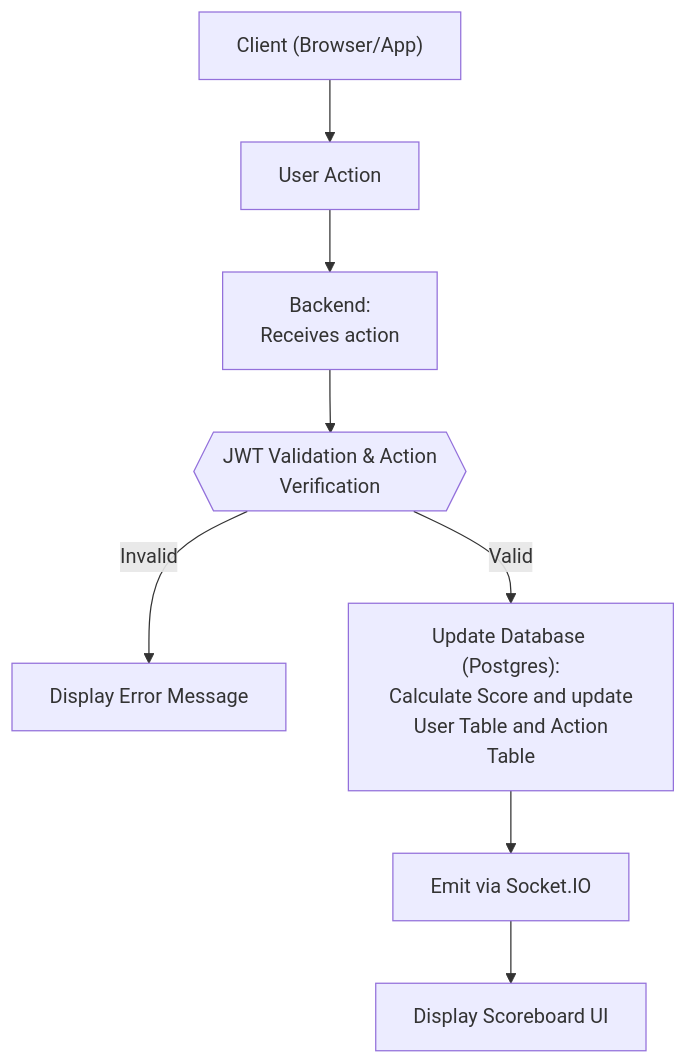
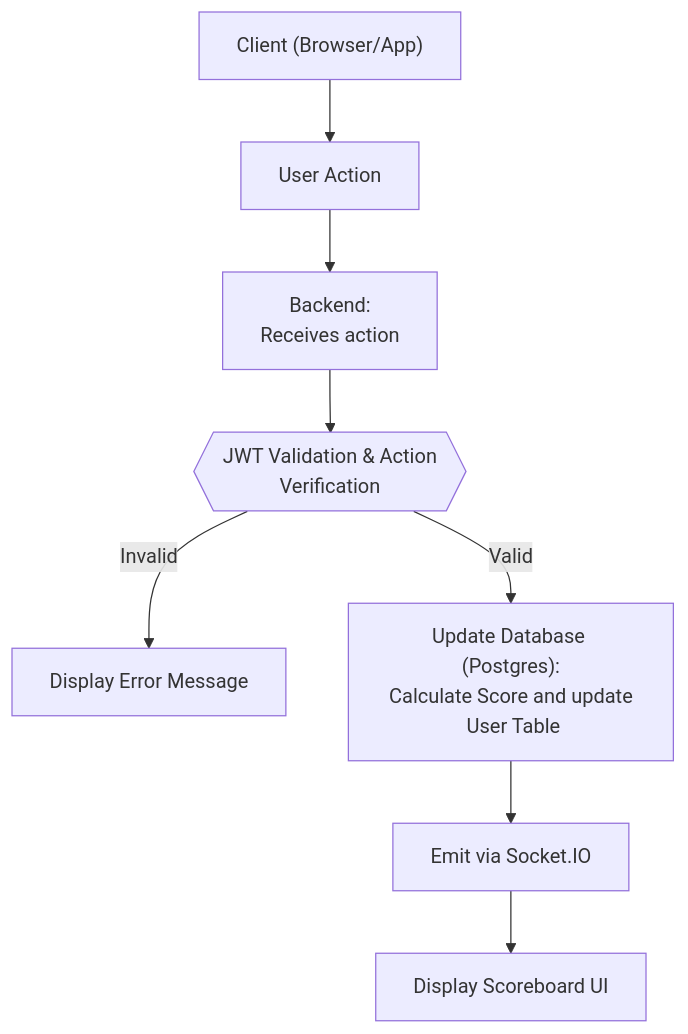
One commit to lvhoanthanh/code-challenge changed the diagram in src/problem6/readme.md. Above: the diagram before and after it, drawn with Mermaid. The commit also changed other lines of this file, not shown here.

````diff
--- a/src/problem6/readme.md
+++ b/src/problem6/readme.md
@@ -105,22 +97,22 @@
 ```mermaid
 
 flowchart TB
     %% Client
     A["Client (Browser/App)"]
     B["User Action"]
     C["Display Scoreboard UI"]
     CE["Display Error Message"]
 
     %% Backend
     D["Backend:<br/>  Receives action"]
     E{{"JWT Validation & Action<br/> Verification"}}
-    F["Update Database (Postgres):<br/>Calculate Score and update<br/> User Table and Action Table"]
+    F["Update Database (Postgres):<br/>Calculate Score and update<br/> User Table"]
     G["Emit via Socket.IO"]
 
     %% Flow
     A --> B --> D --> E
     E -- Valid --> F
     F --> G --> C
     E -- Invalid --> CE
 
 ```
````
